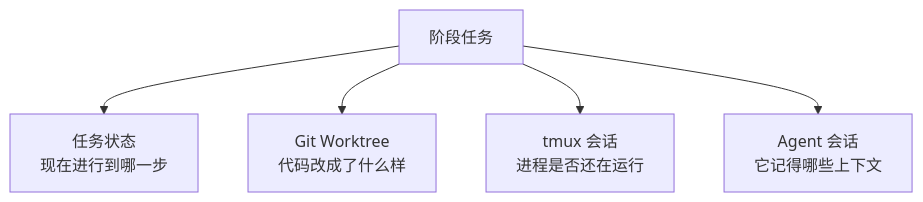
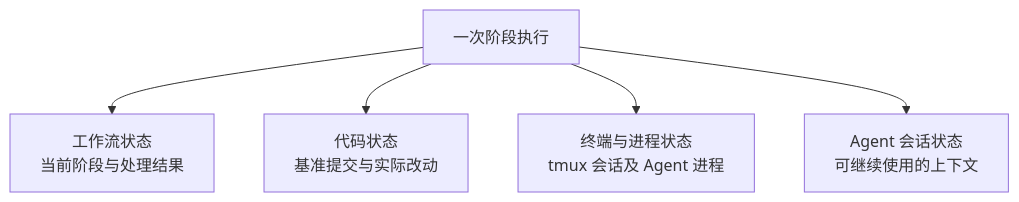
The second of 2 diagrams in source/_posts/ai-agent-workflow.md (Penryn/hexo-blog), drawn with Mermaid before and after one commit. The commit also changed other lines of this file, not shown here.

```diff
--- a/source/_posts/ai-agent-workflow.md
+++ b/source/_posts/ai-agent-workflow.md
@@ -143,7 +163,7 @@
 {% mermaid %}
 flowchart TB
-    J["阶段任务"] --> S["任务状态<br/>现在进行到哪一步"]
-    J --> G["Git Worktree<br/>代码改成了什么样"]
-    J --> T["tmux 会话<br/>进程是否还在运行"]
-    J --> E["Agent 会话<br/>它记得哪些上下文"]
+    J["一次阶段执行"] --> S["工作流状态<br/>当前阶段与处理结果"]
+    J --> G["代码状态<br/>基准提交与实际改动"]
+    J --> T["终端与进程状态<br/>tmux 会话及 Agent 进程"]
+    J --> E["Agent 会话状态<br/>可继续使用的上下文"]
 {% endmermaid %}
```
